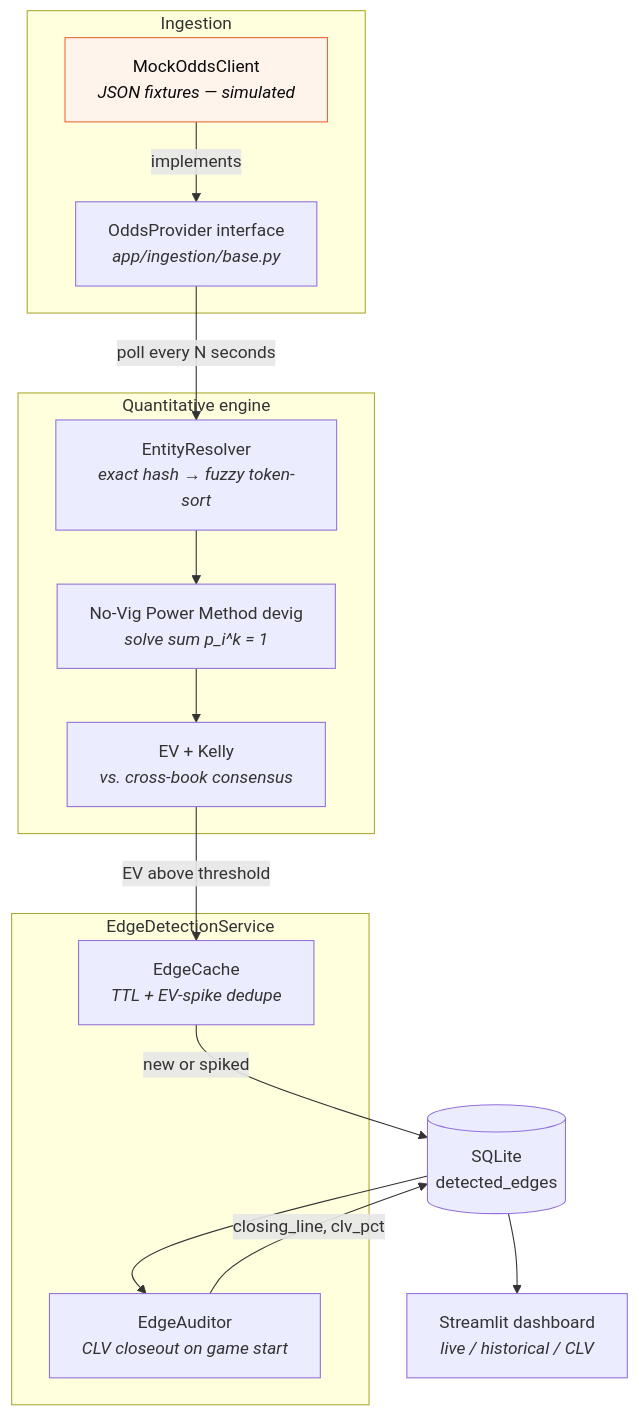
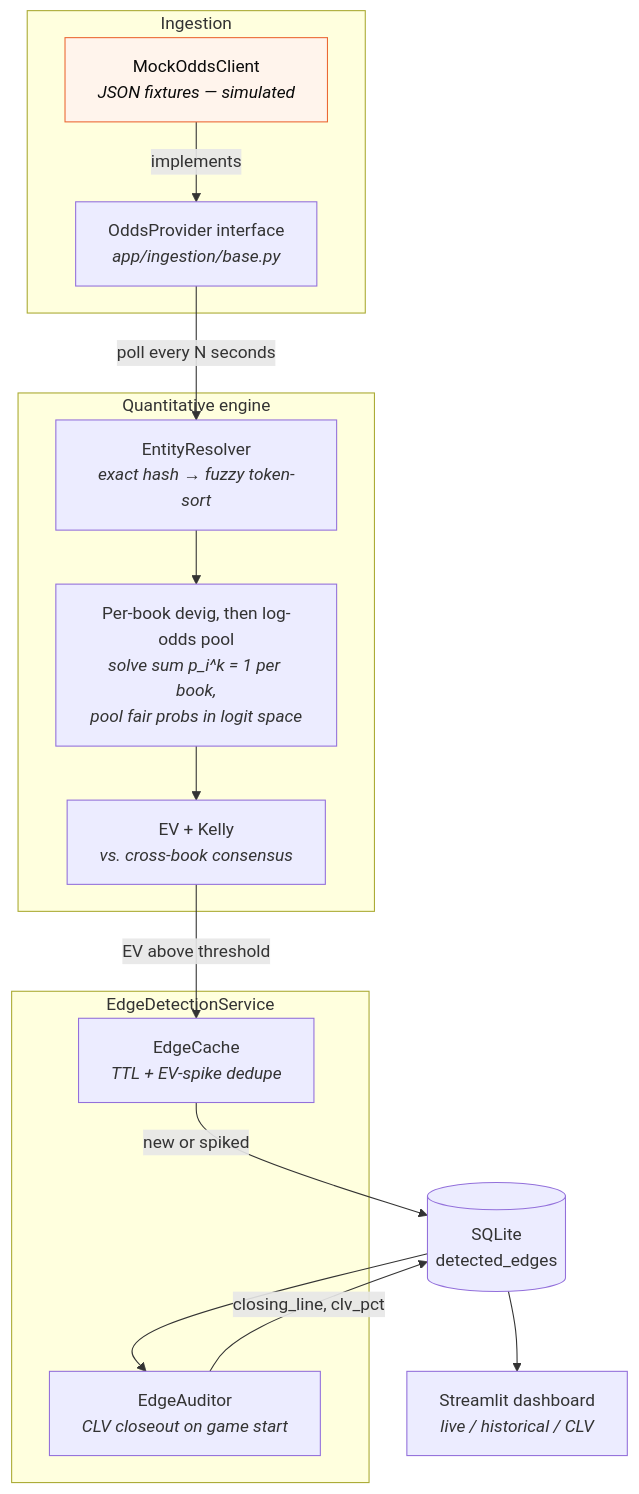
One commit to thompgt/sports-betting-app changed the second of 2 diagrams in README.md. Above: the diagram before and after it, drawn with Mermaid. The commit also changed other lines of this file and 3 other files, not shown here.

First line of the commit message:
fix(engine): devig each book before pooling, not after

````diff
--- a/README.md
+++ b/README.md
@@ -160,33 +160,33 @@
 ```mermaid
 flowchart TD
     subgraph ingest["Ingestion"]
         M["MockOddsClient<br/><i>JSON fixtures — simulated</i>"]
         P["OddsProvider interface<br/><i>app/ingestion/base.py</i>"]
         M -->|implements| P
     end
 
     subgraph engine["Quantitative engine"]
         R["EntityResolver<br/><i>exact hash → fuzzy token-sort</i>"]
-        D["No-Vig Power Method devig<br/><i>solve sum p_i^k = 1</i>"]
+        D["Per-book devig, then log-odds pool<br/><i>solve sum p_i^k = 1 per book,<br/>pool fair probs in logit space</i>"]
         E["EV + Kelly<br/><i>vs. cross-book consensus</i>"]
         R --> D --> E
     end
 
     subgraph svc["EdgeDetectionService"]
         C["EdgeCache<br/><i>TTL + EV-spike dedupe</i>"]
         A["EdgeAuditor<br/><i>CLV closeout on game start</i>"]
     end
 
     S[("SQLite<br/>detected_edges")]
     U["Streamlit dashboard<br/><i>live / historical / CLV</i>"]
 
     P -->|poll every N seconds| R
     E -->|EV above threshold| C
     C -->|new or spiked| S
     S --> A
     A -->|closing_line, clv_pct| S
     S --> U
 
     classDef sim fill:#fff4ec,stroke:#eb6834,color:#0b0b0b;
     class M sim;
 ```
````
